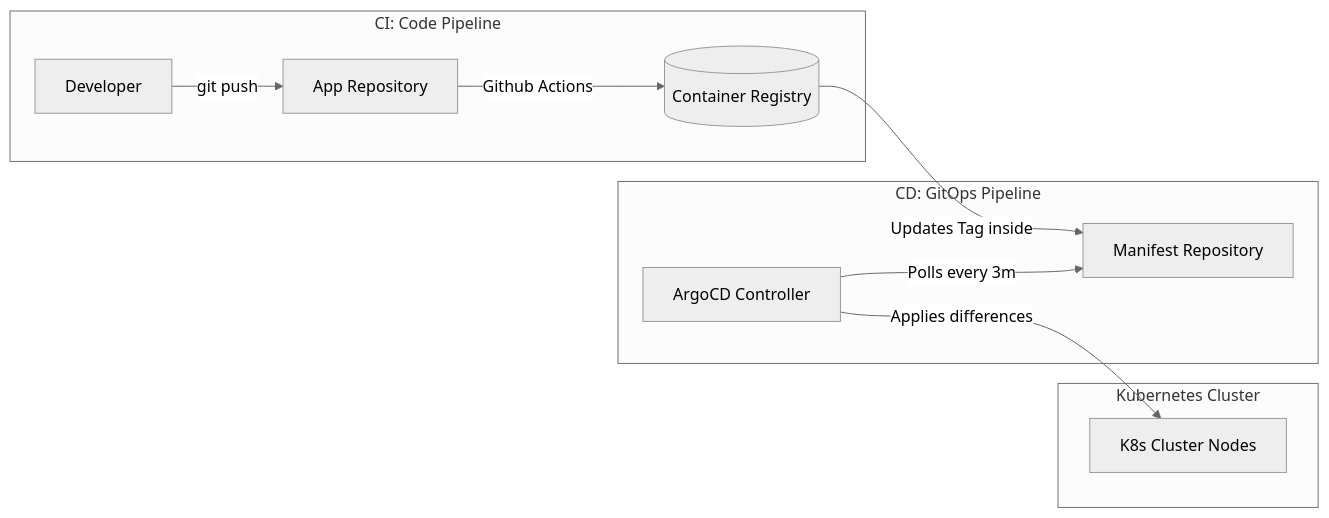
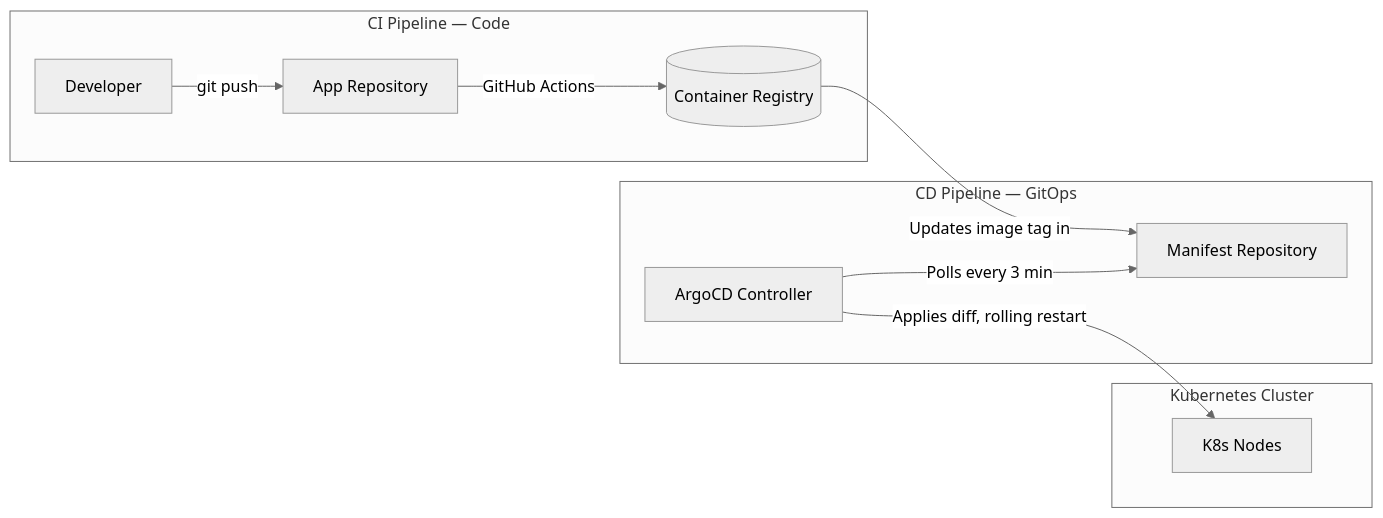
One commit to vesviet/vesviet changed the diagram in content/posts/gitops-at-scale-kubernetes-argocd-microservices.md. Above: the diagram before and after it, drawn with Mermaid (neutral theme). The commit also changed other lines of this file and 2 other files, not shown here.

Commit message:
feat: upgrade 3 priority posts - EAV export, GitOps ArgoCD, blueprint series anchor

````diff
--- a/content/posts/gitops-at-scale-kubernetes-argocd-microservices.md
+++ b/content/posts/gitops-at-scale-kubernetes-argocd-microservices.md
@@ -24,16 +23,16 @@
 ```mermaid
 graph LR
-    subgraph "CI: Code Pipeline"
-        DEV[Developer] -- "git push" --> GIT[App Repository]
-        GIT -- "Github Actions" --> DOCKER[(Container Registry)]
+    subgraph "CI Pipeline — Code"
+        DEV["Developer"] -- "git push" --> APP["App Repository"]
+        APP -- "GitHub Actions" --> DOCKER[("Container Registry")]
     end
 
-    subgraph "CD: GitOps Pipeline"
-        DOCKER -- "Updates Tag inside" --> MAN[Manifest Repository]
-        ARGO[ArgoCD Controller] -- "Polls every 3m" --> MAN
+    subgraph "CD Pipeline — GitOps"
+        DOCKER -- "Updates image tag in" --> MAN["Manifest Repository"]
+        ARGO["ArgoCD Controller"] -- "Polls every 3 min" --> MAN
     end
 
     subgraph "Kubernetes Cluster"
-        ARGO -- "Applies differences" --> K8S[K8s Cluster Nodes]
+        ARGO -- "Applies diff, rolling restart" --> K8S["K8s Nodes"]
     end
 ```
````
